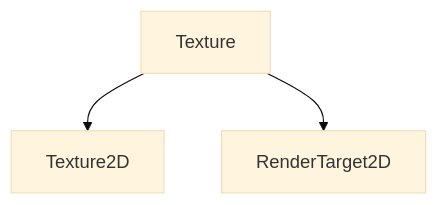
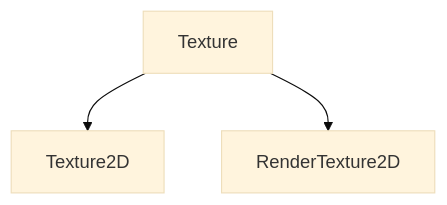
One commit to Gajumaru314159/OctbitEngine changed the diagram in Source/Framework/RHI/Misc/RHI.md. Above: the diagram before and after it, drawn with Mermaid (base theme). The commit also changed 83 other files, not shown here.

````diff
--- a/Source/Framework/RHI/Misc/RHI.md
+++ b/Source/Framework/RHI/Misc/RHI.md
@@ -88,5 +88,5 @@
 ```mermaid
 graph
 	Texture-->Texture2D
-	Texture-->RenderTarget2D
+	Texture-->RenderTexture2D
 ```
````
